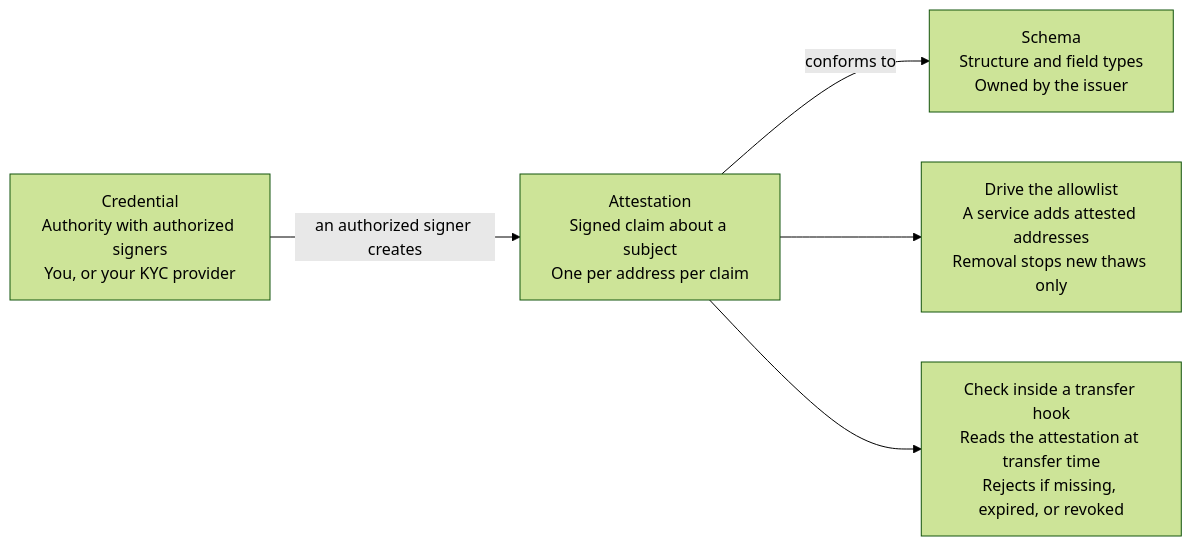
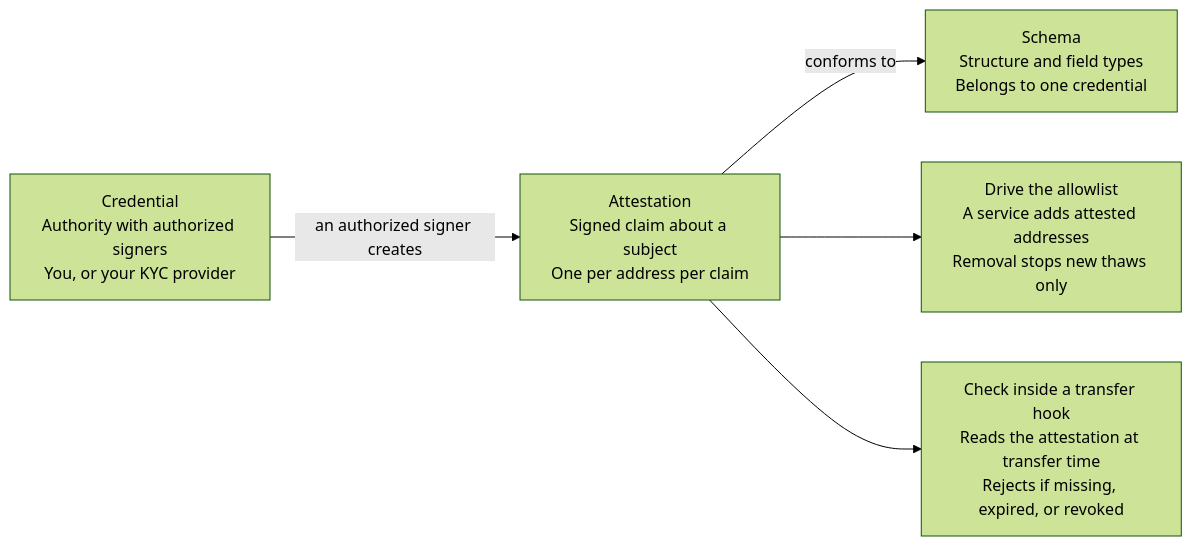
One commit to solana-foundation/solana-com changed the diagram in apps/docs/content/docs/en/tokenization/compliance/attestation-based-compliance.mdx. Above: the diagram before and after it, drawn with Mermaid (forest theme). The commit also changed other lines of this file and 595 other files, not shown here.

````diff
--- a/apps/docs/content/docs/en/tokenization/compliance/attestation-based-compliance.mdx
+++ b/apps/docs/content/docs/en/tokenization/compliance/attestation-based-compliance.mdx
@@ -115,10 +123,10 @@
 ```mermaid
 flowchart LR
   accTitle: From a credential to an enforced claim
   accDescr: An authorized signer of a credential creates an attestation that conforms to a schema. The attestation is enforced either by a service that adds attested addresses to the allowlist, or by a transfer hook that reads it at transfer time.
   C["Credential<br/>Authority with authorized signers<br/>You, or your KYC provider"] -->|an authorized signer creates| A["Attestation<br/>Signed claim about a subject<br/>One per address per claim"]
-  A -->|conforms to| S["Schema<br/>Structure and field types<br/>Owned by the issuer"]
+  A -->|conforms to| S["Schema<br/>Structure and field types<br/>Belongs to one credential"]
   A --> W1["Drive the allowlist<br/>A service adds attested addresses<br/>Removal stops new thaws only"]
   A --> W2["Check inside a transfer hook<br/>Reads the attestation at transfer time<br/>Rejects if missing, expired, or revoked"]
   class A focal
 ```
````
